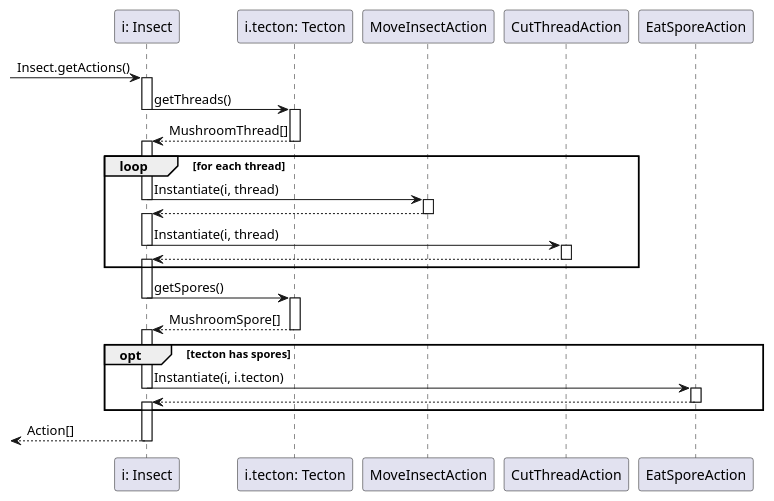
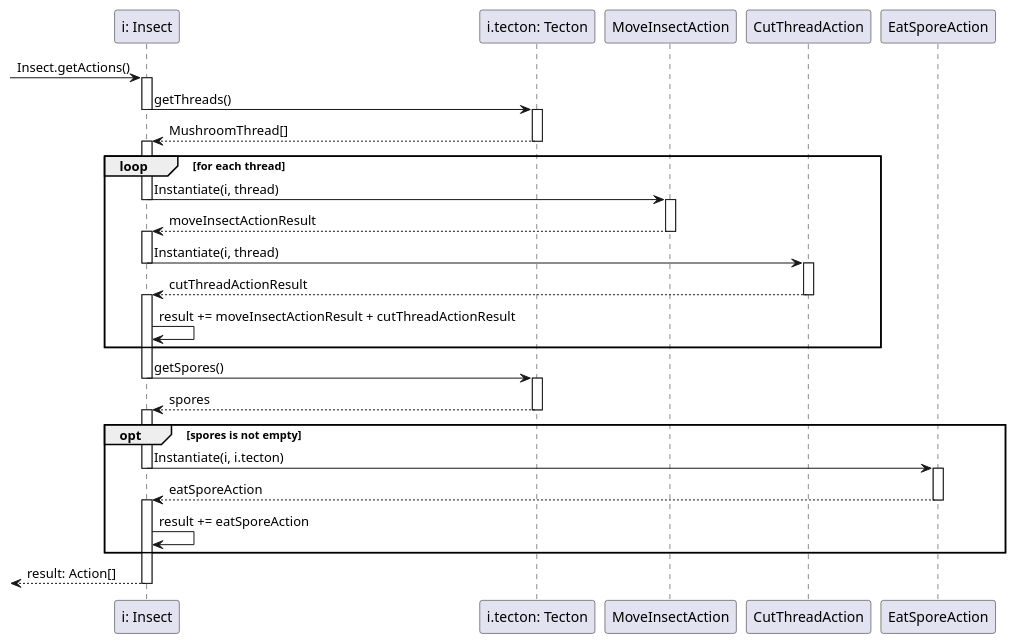
Before and after one commit to dzsem/projlab: the diagram in diagrams/sequence/insect/getActions.plantuml, drawn with PlantUML.

Commit message:
Update getActions diagram

```diff
--- a/diagrams/sequence/insect/getActions.plantuml
+++ b/diagrams/sequence/insect/getActions.plantuml
@@ -1,61 +1,65 @@
 @startuml Insect.getActions
 
 participant "i: Insect" as insect
 participant "i.tecton: Tecton" as tecton
 participant "MoveInsectAction" as mi_action
 participant "CutThreadAction" as ct_action
 participant "EatSporeAction" as es_action
 
 -> insect: Insect.getActions()
 activate insect
 
 insect -> tecton: getThreads()
 deactivate insect
 activate tecton
 
 insect <-- tecton: MushroomThread[]
 deactivate tecton
 activate insect
 
 loop for each thread
 
 	insect -> mi_action: Instantiate(i, thread)
 	deactivate insect
 	activate mi_action
 
-	insect <-- mi_action
+	insect <-- mi_action: moveInsectActionResult
 	deactivate mi_action
 	activate insect
 
 	insect -> ct_action: Instantiate(i, thread)
 	deactivate insect
 	activate ct_action
 
-	insect <-- ct_action
+	insect <-- ct_action: cutThreadActionResult
 	deactivate ct_action
 	activate insect
+
+	insect -> insect: result += moveInsectActionResult + cutThreadActionResult
 
 end
 
 insect -> tecton: getSpores()
 deactivate insect
 activate tecton
 
-insect <-- tecton: MushroomSpore[]
+insect <-- tecton: spores
 deactivate tecton
 activate insect
 
-opt tecton has spores
+opt spores is not empty
 	insect -> es_action: Instantiate(i, i.tecton)
 	deactivate insect
 	activate es_action
 
-	insect <-- es_action
+	insect <-- es_action: eatSporeAction
 	deactivate es_action
 	activate insect
+
+	insect -> insect: result += eatSporeAction
 end
 
-<-- insect: Action[]
+<-- insect: result: Action[]
 deactivate insect
 
 @enduml
```
